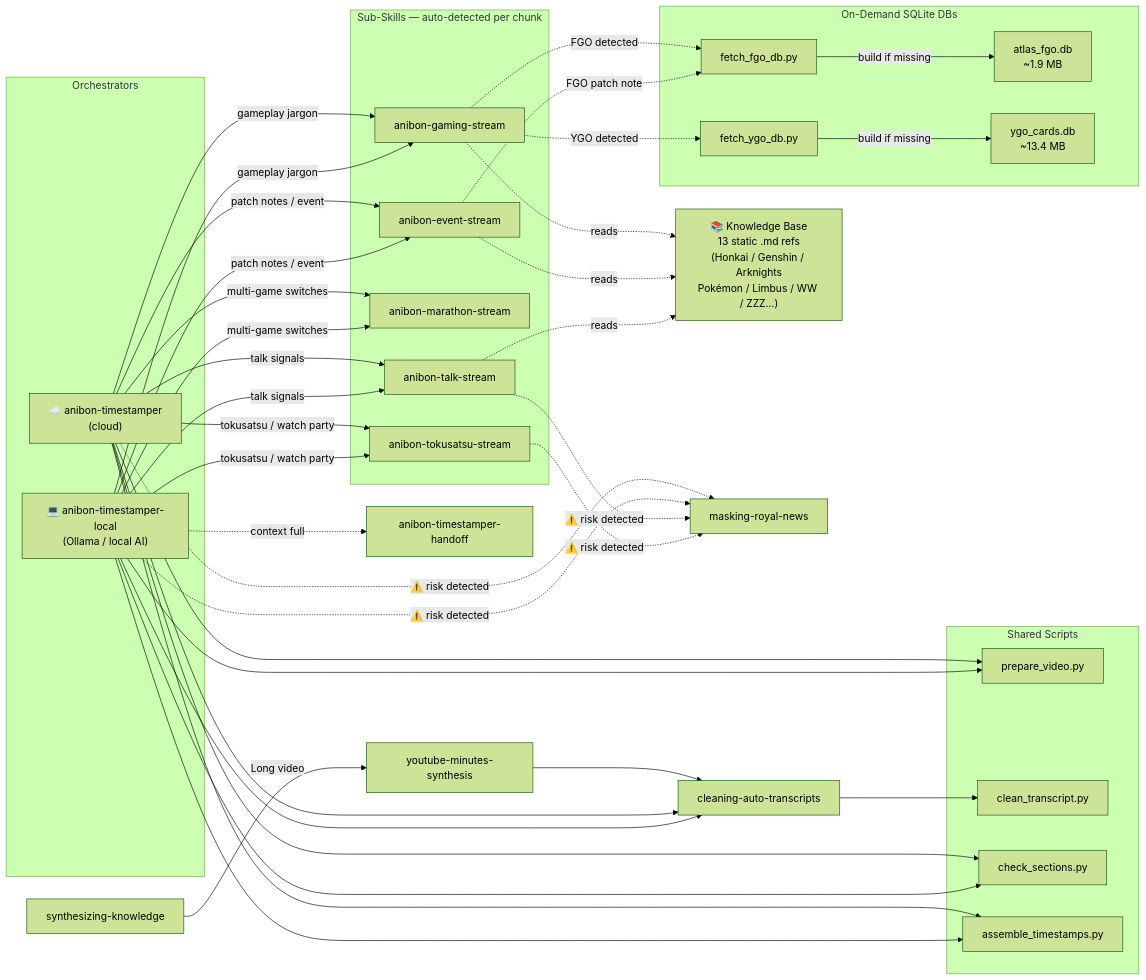
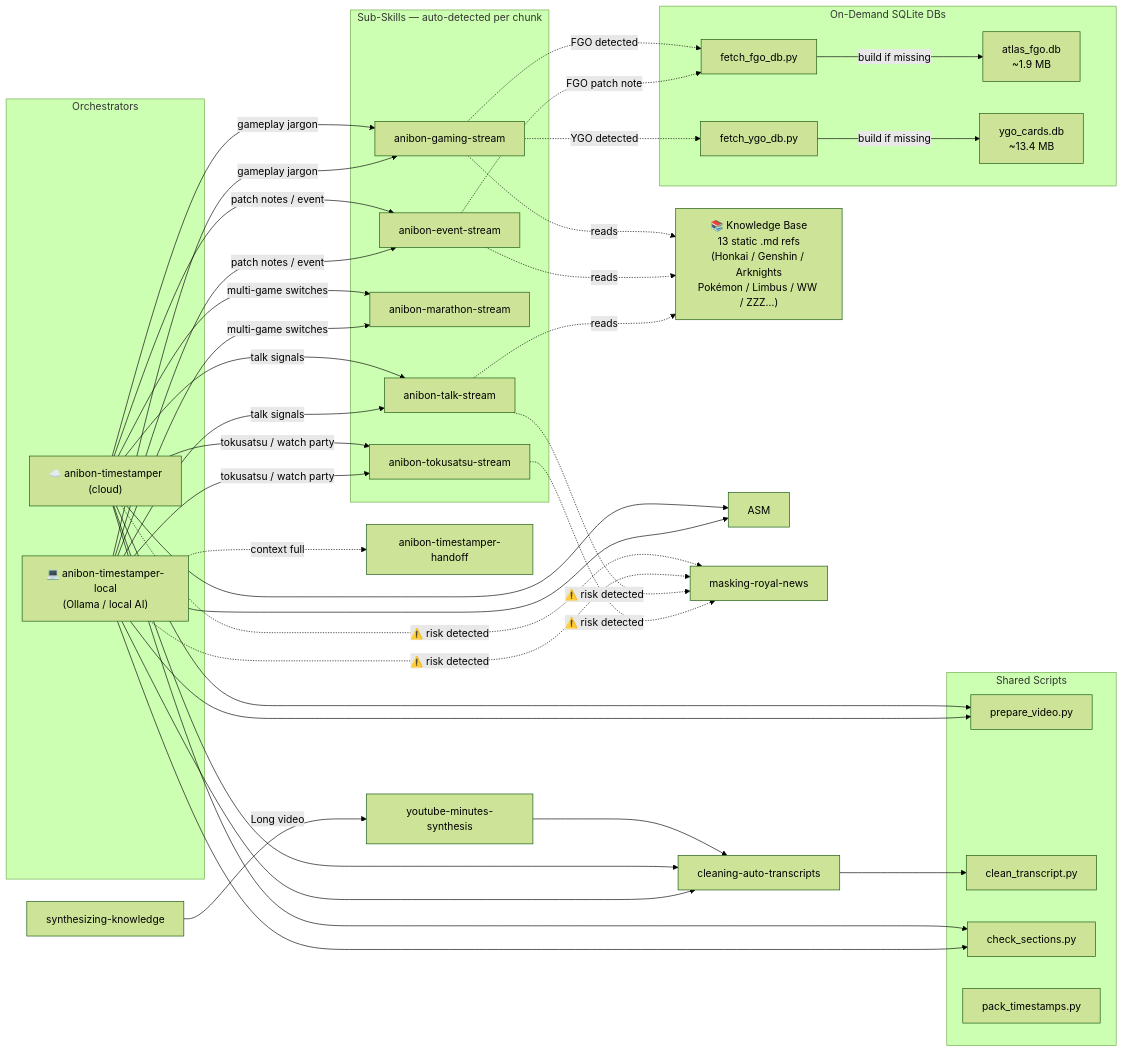
The diagram in README.md (ZenitHTH/anibon-stream-synthesis), drawn with Mermaid (forest theme) before and after one commit. The commit also changed other lines of this file and 4 other files, not shown here.

First line of the commit message:
docs: replace assemble_timestamps.py refs with pack_timestamps.py

````diff
--- a/README.md
+++ b/README.md
@@ -136,79 +136,79 @@
 ```mermaid
 graph LR
     subgraph Orchestrators
         AT["☁️ anibon-timestamper\n(cloud)"]
         ATL["💻 anibon-timestamper-local\n(Ollama / local AI)"]
     end
 
     subgraph SubSkills["Sub-Skills — auto-detected per chunk"]
         TS[anibon-talk-stream]
         GS[anibon-gaming-stream]
         MS[anibon-marathon-stream]
         ES[anibon-event-stream]
         TK[anibon-tokusatsu-stream]
     end
 
     subgraph Scripts["Shared Scripts"]
         PV[prepare_video.py]
         CT[clean_transcript.py]
         CS[check_sections.py]
-        ASM[assemble_timestamps.py]
+        PK[pack_timestamps.py]
     end
 
     subgraph DBs["On-Demand SQLite DBs"]
         FGOS[fetch_fgo_db.py]
         YGOS[fetch_ygo_db.py]
         FGODB["atlas_fgo.db\n~1.9 MB"]
         YGODB["ygo_cards.db\n~13.4 MB"]
     end
 
     KB["📚 Knowledge Base\n13 static .md refs\n(Honkai / Genshin / Arknights\nPokémon / Limbus / WW / ZZZ…)"]
 
     %% Entry points
     SK[synthesizing-knowledge] -->|Long video| YMS[youtube-minutes-synthesis]
     YMS --> CAT[cleaning-auto-transcripts]
     CAT --> CT
 
     %% Orchestrators → transcript prep & cleanup
     AT ---> PV
     AT ---> CAT
     AT ---> CS
     AT ---> ASM
     ATL ---> PV
     ATL ---> CAT
     ATL ---> CS
     ATL ---> ASM
 
     %% Orchestrators → sub-skill routing (auto-detected per chunk)
     AT -->|talk signals| TS
     AT -->|gameplay jargon| GS
     AT -->|multi-game switches| MS
     AT -->|patch notes / event| ES
     AT -->|tokusatsu / watch party| TK
     ATL -->|talk signals| TS
     ATL -->|gameplay jargon| GS
     ATL -->|multi-game switches| MS
     ATL -->|patch notes / event| ES
     ATL -->|tokusatsu / watch party| TK
 
     %% Sub-skills read static knowledge base
     GS -.->|reads| KB
     ES -.->|reads| KB
     TS -.->|reads| KB
 
     %% ATL-only: handoff for context exhaustion
     ATL -.->|context full| ATH[anibon-timestamper-handoff]
 
     %% Safety masking — only when risk signals detected
     AT -.->|"⚠️ risk detected"| MRN[masking-royal-news]
     ATL -.->|"⚠️ risk detected"| MRN
     TS -.->|"⚠️ risk detected"| MRN
     TK -.->|"⚠️ risk detected"| MRN
 
     %% DB bootstrap chain — triggered by game content detection
     GS -.->|FGO detected| FGOS
     ES -.->|FGO patch note| FGOS
     GS -.->|YGO detected| YGOS
     FGOS -->|build if missing| FGODB
     YGOS -->|build if missing| YGODB
 ```
````
